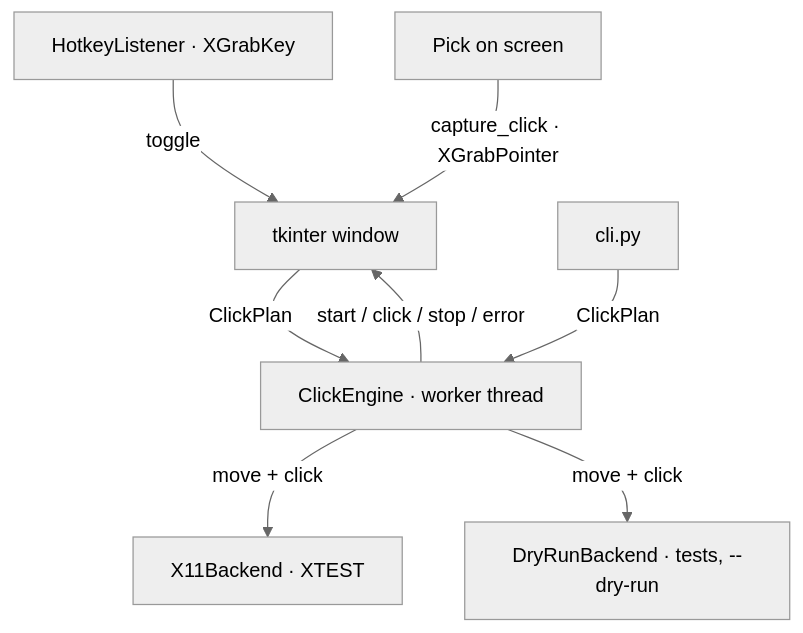
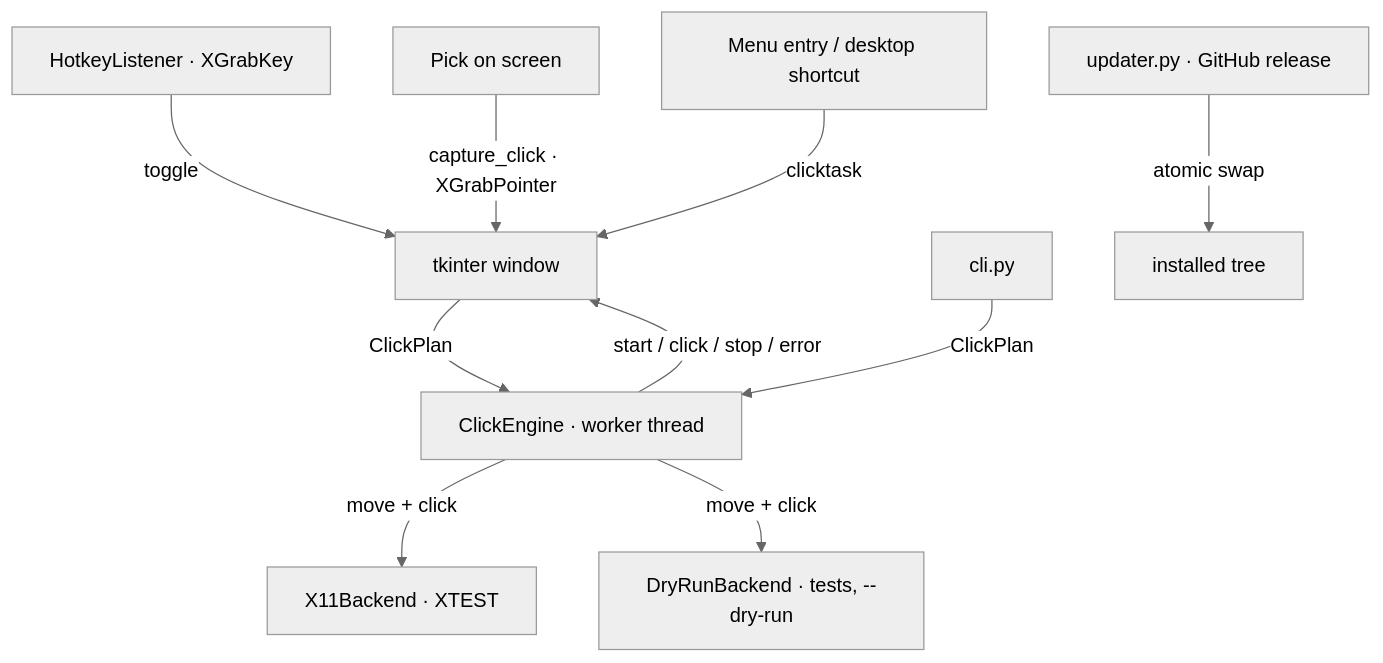
The diagram in README.md (JADRT22/ClickTask), drawn with Mermaid (neutral theme) before and after one commit. The commit also changed other lines of this file and 18 other files, not shown here.

````diff
--- a/README.md
+++ b/README.md
@@ -116,10 +126,12 @@
 ```mermaid
 graph TD
     UI[tkinter window] -->|ClickPlan| Engine[ClickEngine · worker thread]
     CLI[cli.py] -->|ClickPlan| Engine
     Engine -->|move + click| XTest[X11Backend · XTEST]
     Engine -->|move + click| Dry[DryRunBackend · tests, --dry-run]
     Hotkey[HotkeyListener · XGrabKey] -->|toggle| UI
     Picker[Pick on screen] -->|capture_click · XGrabPointer| UI
     Engine -->|start / click / stop / error| UI
+    Menu[Menu entry / desktop shortcut] -->|clicktask| UI
+    Updater[updater.py · GitHub release] -->|atomic swap| Tree[installed tree]
 ```
````
